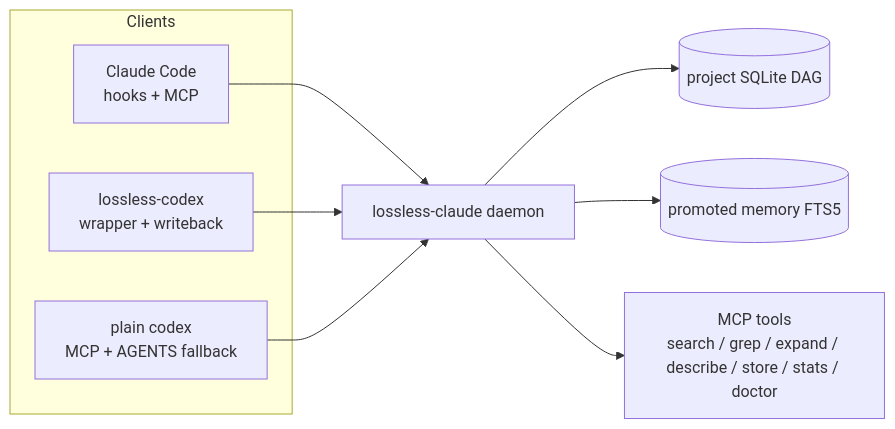
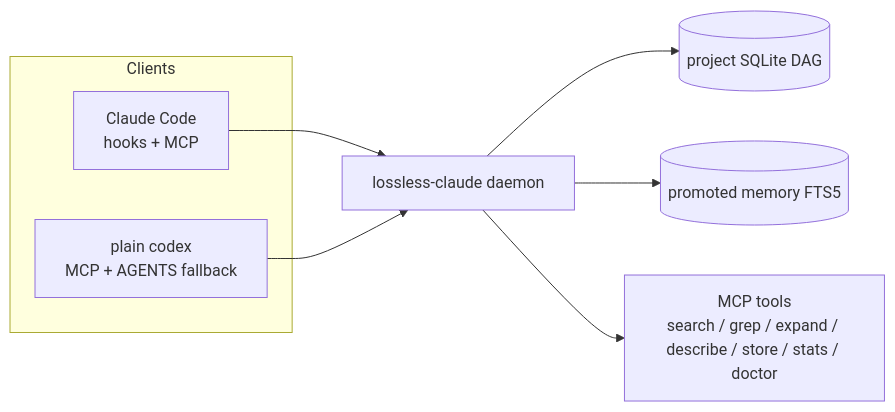
One commit to ipedro/lossless-claude changed the first of 3 diagrams in README.md. Above: the diagram before and after it, drawn with Mermaid. The commit also changed other lines of this file and 7 other files, not shown here.

````diff
--- a/README.md
+++ b/README.md
@@ -41,16 +40,14 @@
 ```mermaid
 flowchart LR
   subgraph Clients["Clients"]
     CC["Claude Code<br/>hooks + MCP"]
-    LC["lossless-codex<br/>wrapper + writeback"]
     PC["plain codex<br/>MCP + AGENTS fallback"]
   end
 
   CC --> D["lossless-claude daemon"]
-  LC --> D
   PC --> D
 
   D --> DB[("project SQLite DAG")]
   D --> PM[("promoted memory FTS5")]
   D --> TOOLS["MCP tools<br/>search / grep / expand / describe / store / stats / doctor"]
 ```
````
